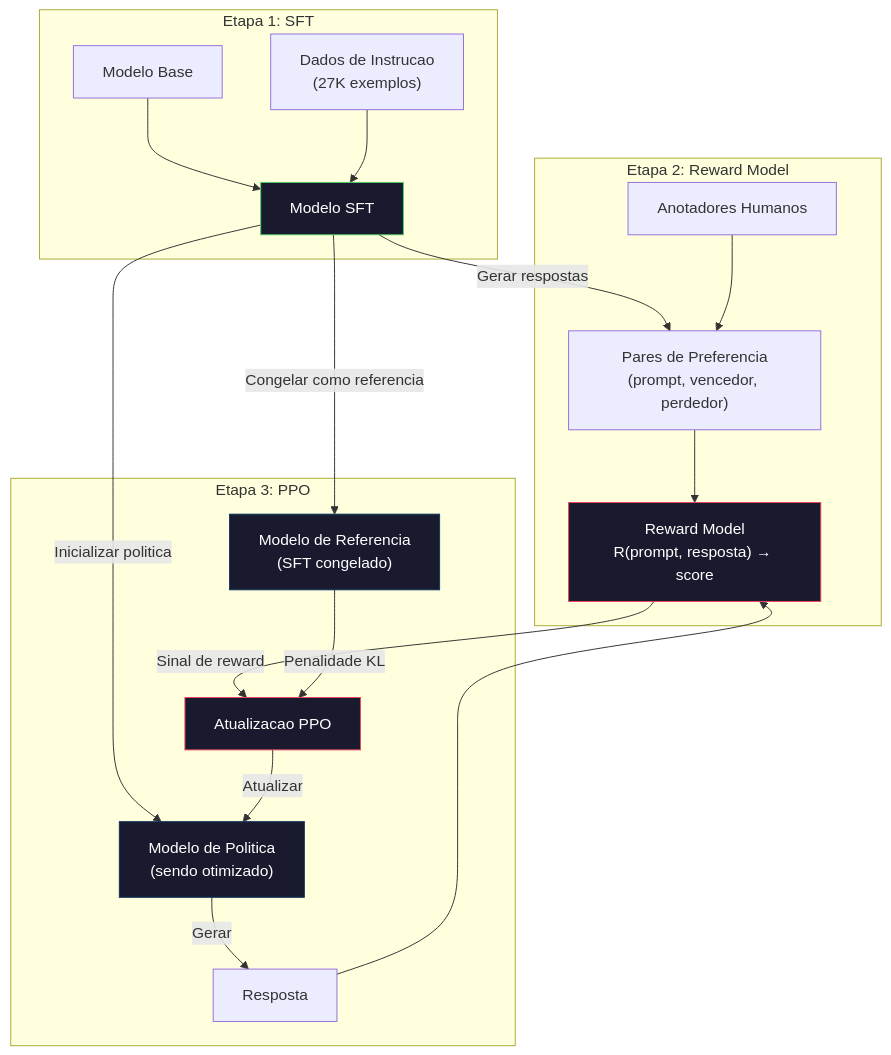
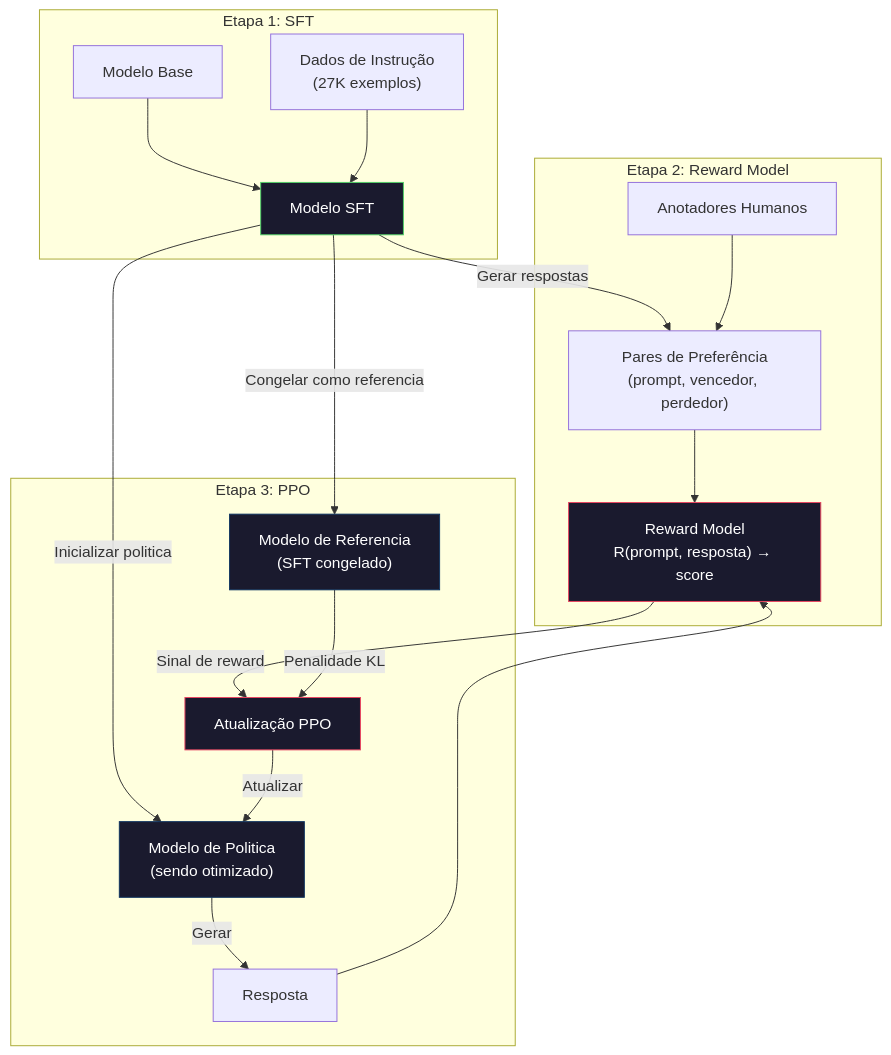
One commit to K3lvin-dev/ai-engineering-from-scratch changed the first of 2 diagrams in phases/10-llms-from-scratch/07-rlhf/docs/pt-br.md. Above: the diagram before and after it, drawn with Mermaid. The commit also changed other lines of this file and 23 other files, not shown here.

````diff
--- a/phases/10-llms-from-scratch/07-rlhf/docs/pt-br.md
+++ b/phases/10-llms-from-scratch/07-rlhf/docs/pt-br.md
@@ -43,29 +43,29 @@
 ```mermaid
 graph TD
     subgraph Stage1["Etapa 1: SFT"]
         B["Modelo Base"] --> S["Modelo SFT"]
-        D["Dados de Instrucao\n(27K exemplos)"] --> S
+        D["Dados de Instrução\n(27K exemplos)"] --> S
     end
 
     subgraph Stage2["Etapa 2: Reward Model"]
-        S --> |"Gerar respostas"| P["Pares de Preferencia\n(prompt, vencedor, perdedor)"]
+        S --> |"Gerar respostas"| P["Pares de Preferência\n(prompt, vencedor, perdedor)"]
         H["Anotadores Humanos"] --> P
         P --> R["Reward Model\nR(prompt, resposta) → score"]
     end
 
     subgraph Stage3["Etapa 3: PPO"]
         S --> |"Inicializar politica"| PI["Modelo de Politica\n(sendo otimizado)"]
         S --> |"Congelar como referencia"| REF["Modelo de Referencia\n(SFT congelado)"]
         PI --> |"Gerar"| RESP["Resposta"]
         RESP --> R
-        R --> |"Sinal de reward"| PPO["Atualizacao PPO"]
+        R --> |"Sinal de reward"| PPO["Atualização PPO"]
         REF --> |"Penalidade KL"| PPO
         PPO --> |"Atualizar"| PI
     end
 
     style S fill:#1a1a2e,stroke:#51cf66,color:#fff
     style R fill:#1a1a2e,stroke:#e94560,color:#fff
     style PI fill:#1a1a2e,stroke:#0f3460,color:#fff
     style REF fill:#1a1a2e,stroke:#0f3460,color:#fff
     style PPO fill:#1a1a2e,stroke:#e94560,color:#fff
 ```
````
